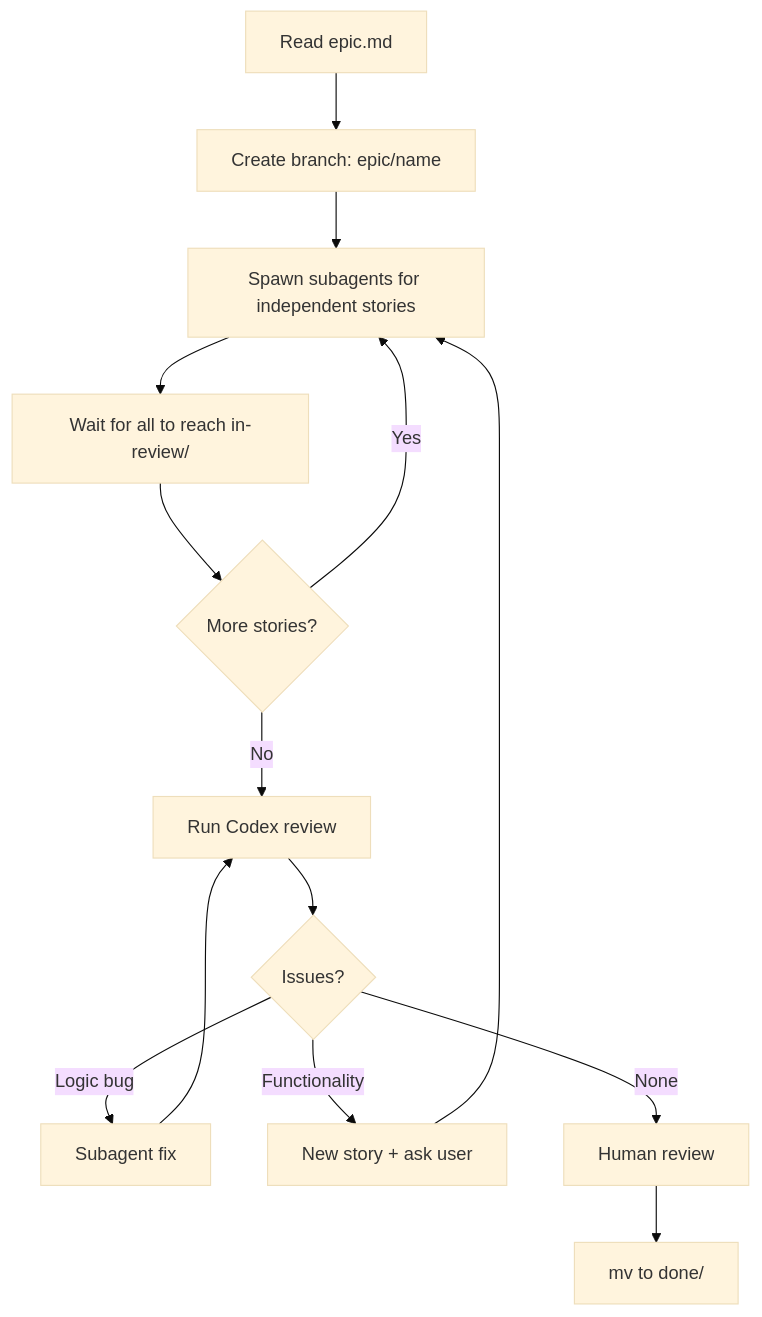
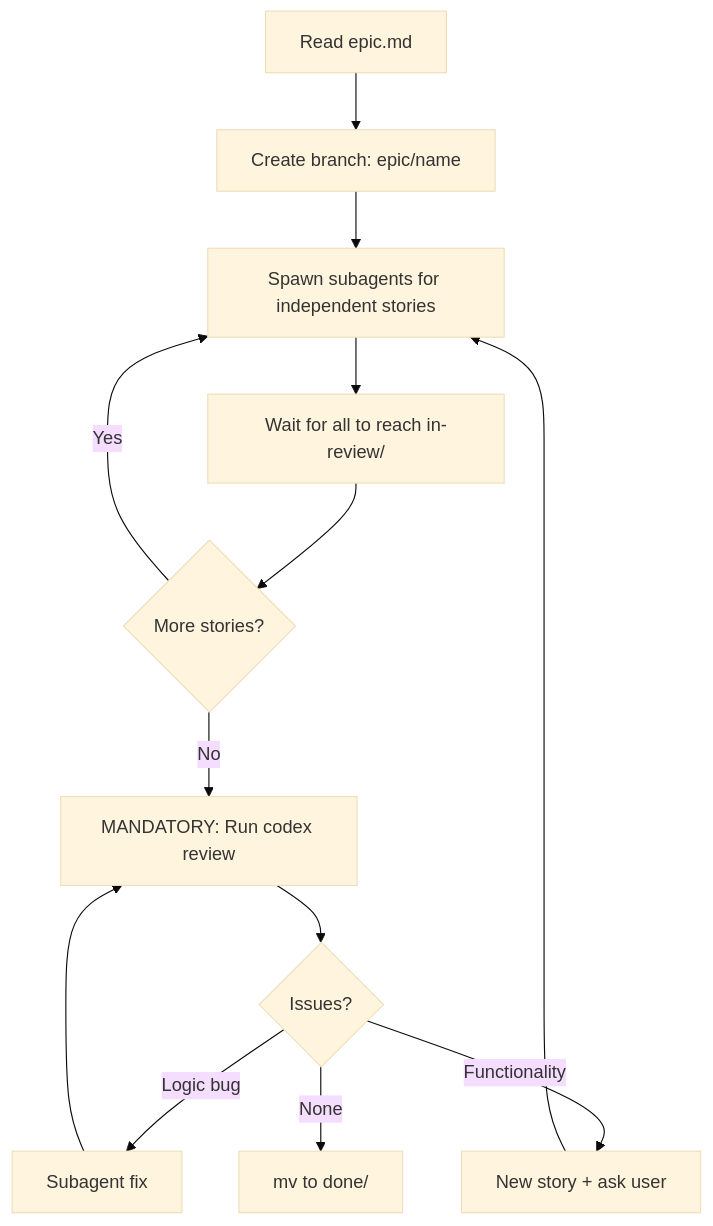
Before and after one commit to brysontang/domino: the diagram in phases/epic-workspace.md, drawn with Mermaid (base theme). The commit also changed other lines of this file and 1 other file, not shown here.

Commit message:
Remove human review gate, make Codex the final authority
Codex is the quality gate, not human code review. Agents were
skipping the Codex step because it was buried in a flowchart.
Now it is MANDATORY in the rules section with explicit do not skip
language.

````diff
--- a/phases/epic-workspace.md
+++ b/phases/epic-workspace.md
@@ -5,14 +5,13 @@
 ```mermaid
 flowchart TD
     Start[Read epic.md] --> Branch[Create branch: epic/name]
     Branch --> Spawn[Spawn subagents for independent stories]
     Spawn --> Wait[Wait for all to reach in-review/]
     Wait --> More{More stories?}
     More -->|Yes| Spawn
-    More -->|No| Codex[Run Codex review]
+    More -->|No| Codex[MANDATORY: Run codex review]
     Codex --> Issues{Issues?}
     Issues -->|Logic bug| Fix[Subagent fix] --> Codex
     Issues -->|Functionality| Story[New story + ask user] --> Spawn
-    Issues -->|None| Human[Human review]
-    Human --> Done[mv to done/]
+    Issues -->|None| Done[mv to done/]
 ```
````
